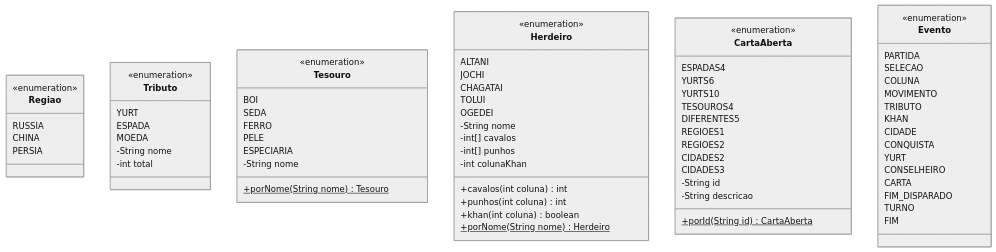
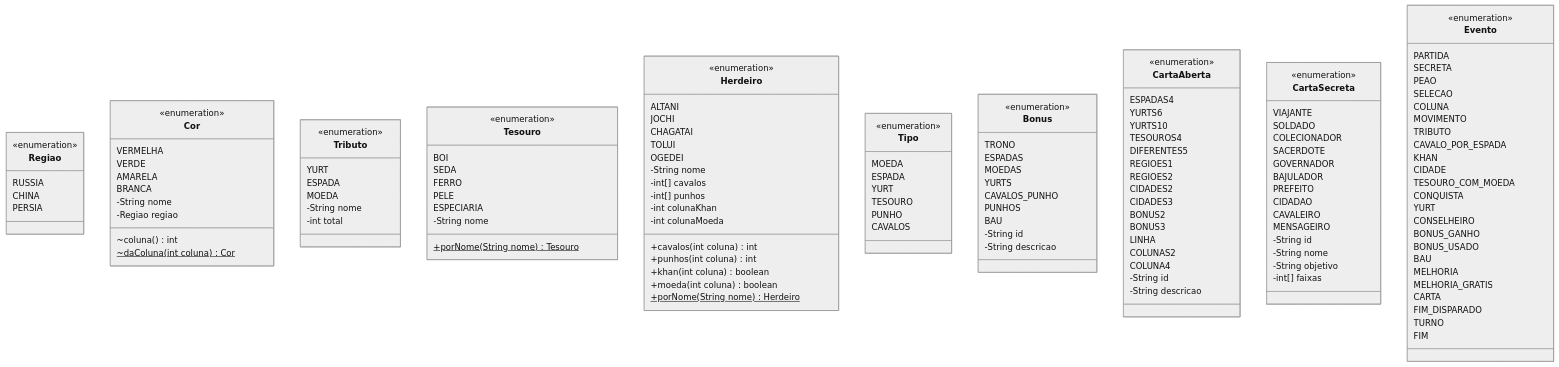
One commit to LucasSouzaMM/Herdeiros_do_khan_POO changed the third of 3 diagrams in docs/diagrama.md. Above: the diagram before and after it, drawn with Mermaid (neutral theme). The commit also changed other lines of this file and 52 other files, not shown here.

```diff
--- a/docs/diagrama.md
+++ b/docs/diagrama.md
@@ -356,6 +442,17 @@
         RUSSIA
         CHINA
         PERSIA
+    }
+    class Cor {
+        <<enumeration>>
+        VERMELHA
+        VERDE
+        AMARELA
+        BRANCA
+        -String nome
+        -Regiao regiao
+        ~coluna() int
+        ~daColuna(int coluna)$ Cor
     }
     class Tributo {
         <<enumeration>>
@@ -386,10 +483,33 @@
         -int[] cavalos
         -int[] punhos
         -int colunaKhan
+        -int colunaMoeda
         +cavalos(int coluna) int
         +punhos(int coluna) int
         +khan(int coluna) boolean
+        +moeda(int coluna) boolean
         +porNome(String nome)$ Herdeiro
+    }
+    class Tipo {
+        <<enumeration>>
+        MOEDA
+        ESPADA
+        YURT
+        TESOURO
+        PUNHO
+        CAVALOS
+    }
+    class Bonus {
+        <<enumeration>>
+        TRONO
+        ESPADAS
+        MOEDAS
+        YURTS
+        CAVALOS_PUNHO
+        PUNHOS
+        BAU
+        -String id
+        -String descricao
     }
     class CartaAberta {
         <<enumeration>>
@@ -402,22 +522,52 @@
         REGIOES2
         CIDADES2
         CIDADES3
+        BONUS2
+        BONUS3
+        LINHA
+        COLUNAS2
+        COLUNA4
         -String id
         -String descricao
-        +porId(String id)$ CartaAberta
+    }
+    class CartaSecreta {
+        <<enumeration>>
+        VIAJANTE
+        SOLDADO
+        COLECIONADOR
+        SACERDOTE
+        GOVERNADOR
+        BAJULADOR
+        PREFEITO
+        CIDADAO
+        CAVALEIRO
+        MENSAGEIRO
+        -String id
+        -String nome
+        -String objetivo
+        -int[] faixas
     }
     class Evento {
         <<enumeration>>
         PARTIDA
+        SECRETA
+        PEAO
         SELECAO
         COLUNA
         MOVIMENTO
         TRIBUTO
+        CAVALO_POR_ESPADA
         KHAN
         CIDADE
+        TESOURO_COM_MOEDA
         CONQUISTA
         YURT
         CONSELHEIRO
+        BONUS_GANHO
+        BONUS_USADO
+        BAU
+        MELHORIA
+        MELHORIA_GRATIS
         CARTA
         FIM_DISPARADO
         TURNO
```
